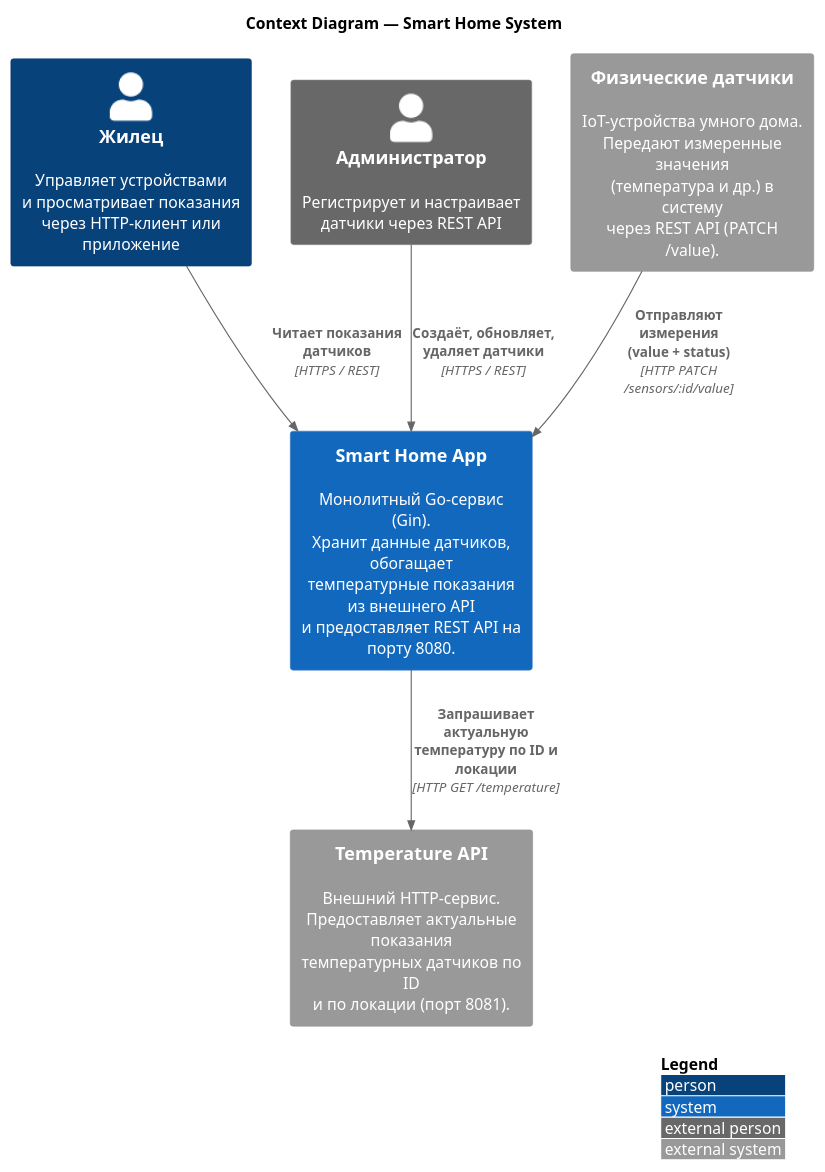
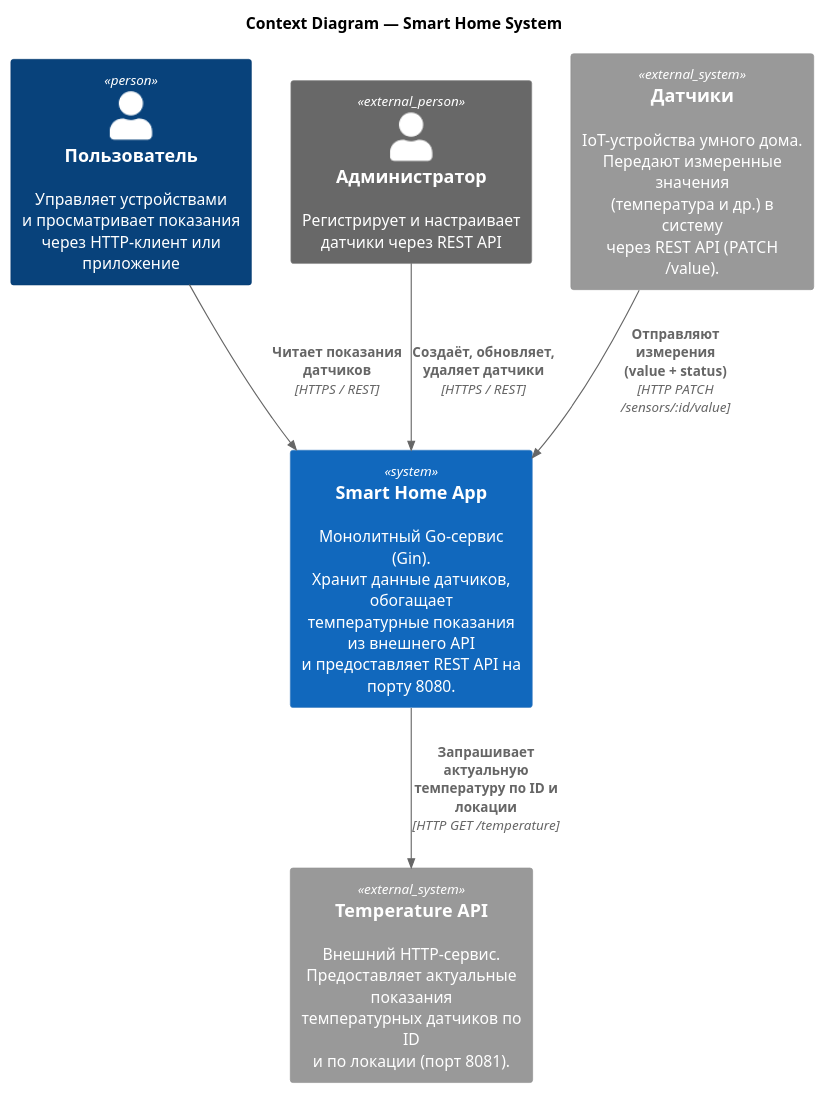
The diagram in c4-context.puml (maybelines/architecture-warmhouse), drawn with PlantUML before and after one commit. The commit also changed 26 other files, not shown here.

```diff
--- a/c4-context.puml
+++ b/c4-context.puml
@@ -1,34 +1,33 @@
 @startuml
 
 !include <C4/C4_Context>
 
-LAYOUT_WITH_LEGEND()
 
 title Context Diagram — Smart Home System
 
 ' ─── Люди / роли ───────────────────────────────────────────────
 
-Person(resident, "Жилец", "Управляет устройствами\nи просматривает показания\nчерез HTTP-клиент или приложение")
+Person(resident, "Пользователь", "Управляет устройствами\nи просматривает показания\nчерез HTTP-клиент или приложение")
 
 Person_Ext(admin, "Администратор", "Регистрирует и настраивает\nдатчики через REST API")
 
 ' ─── Основная система ───────────────────────────────────────────
 
 System(smartHomeApp, "Smart Home App", "Монолитный Go-сервис (Gin).\nХранит данные датчиков, обогащает\nтемпературные показания из внешнего API\nи предоставляет REST API на порту 8080.")
 
 ' ─── Внешние системы ────────────────────────────────────────────
 
 System_Ext(temperatureApi, "Temperature API", "Внешний HTTP-сервис.\nПредоставляет актуальные показания\nтемпературных датчиков по ID\nи по локации (порт 8081).")
 
-System_Ext(sensors, "Физические датчики", "IoT-устройства умного дома.\nПередают измеренные значения\n(температура и др.) в систему\nчерез REST API (PATCH /value).")
+System_Ext(sensors, "Датчики", "IoT-устройства умного дома.\nПередают измеренные значения\n(температура и др.) в систему\nчерез REST API (PATCH /value).")
 
 ' ─── Связи ──────────────────────────────────────────────────────
 
 Rel(resident, smartHomeApp, "Читает показания датчиков", "HTTPS / REST")
 Rel(admin, smartHomeApp, "Создаёт, обновляет,\nудаляет датчики", "HTTPS / REST")
 
 Rel(sensors, smartHomeApp, "Отправляют измерения\n(value + status)", "HTTP PATCH /sensors/:id/value")
 
 Rel(smartHomeApp, temperatureApi, "Запрашивает актуальную\nтемпературу по ID и локации", "HTTP GET /temperature")
 
 @enduml
```
